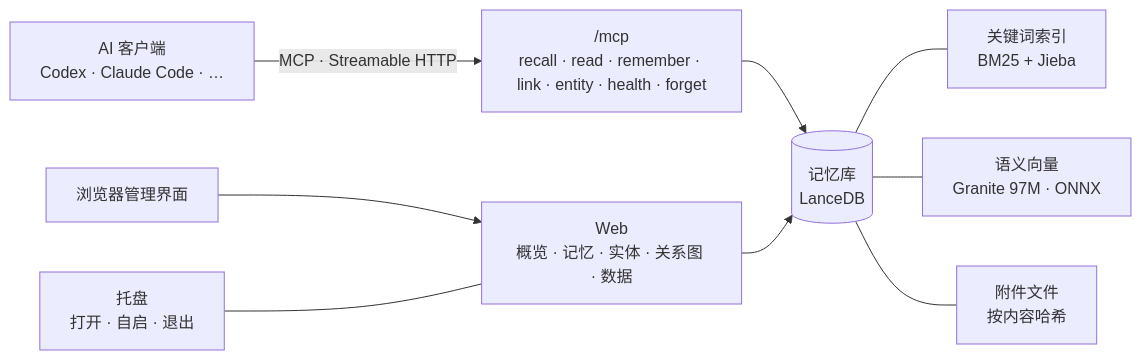
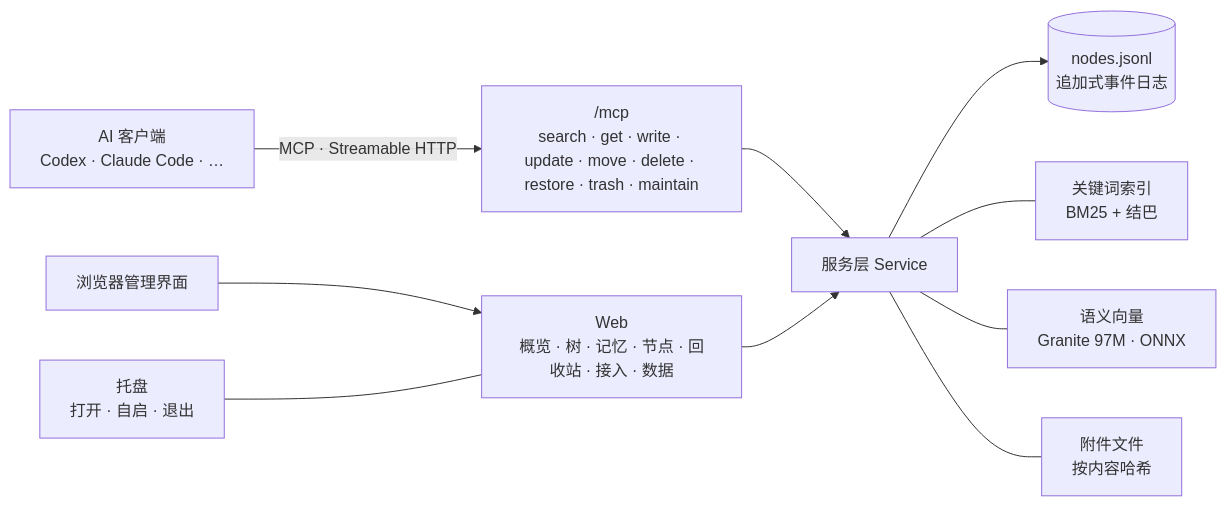
One commit to danchar12138/recallport changed the diagram in README.md. Above: the diagram before and after it, drawn with Mermaid. The commit also changed other lines of this file and 43 other files, not shown here.

Commit message:
docs: 1.0 的 README（中英）、新截图、第三方许可、CI 去掉 protoc

````diff
--- a/README.md
+++ b/README.md
@@ -175,11 +150,12 @@
 ```mermaid
 flowchart LR
-  C["AI 客户端<br/>Codex · Claude Code · …"] -- "MCP · Streamable HTTP" --> M["/mcp<br/>recall · read · remember · link · entity · health · forget"]
-  B["浏览器管理界面"] --> W["Web<br/>概览 · 记忆 · 实体 · 关系图 · 数据"]
+  C["AI 客户端<br/>Codex · Claude Code · …"] -- "MCP · Streamable HTTP" --> M["/mcp<br/>search · get · write · update · move · delete · restore · trash · maintain"]
+  B["浏览器管理界面"] --> W["Web<br/>概览 · 树 · 记忆 · 节点 · 回收站 · 接入 · 数据"]
   T["托盘<br/>打开 · 自启 · 退出"] --- W
-  M --> S[("记忆库<br/>LanceDB")]
+  M --> S["服务层 Service"]
   W --> S
-  S --- K["关键词索引<br/>BM25 + Jieba"]
+  S --> L[("nodes.jsonl<br/>追加式事件日志")]
+  S --- K["关键词索引<br/>BM25 + 结巴"]
   S --- V["语义向量<br/>Granite 97M · ONNX"]
   S --- F["附件文件<br/>按内容哈希"]
 ```
````
